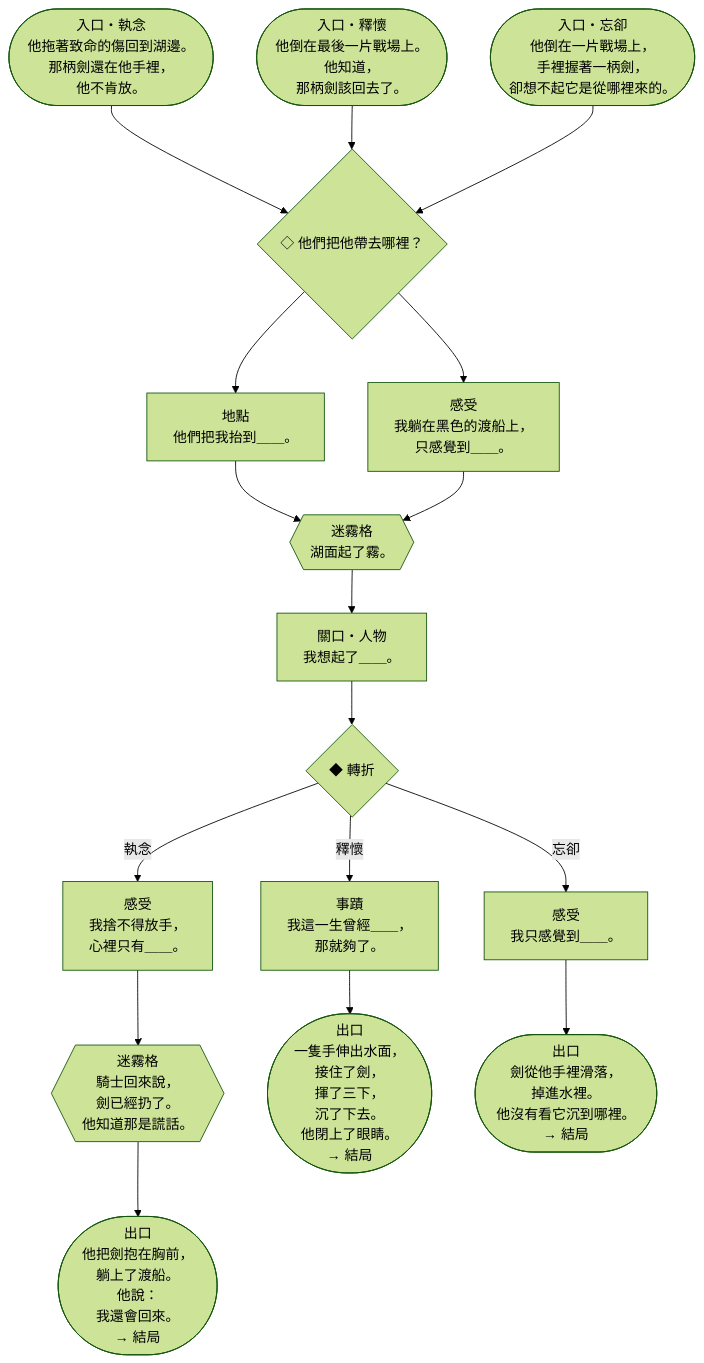
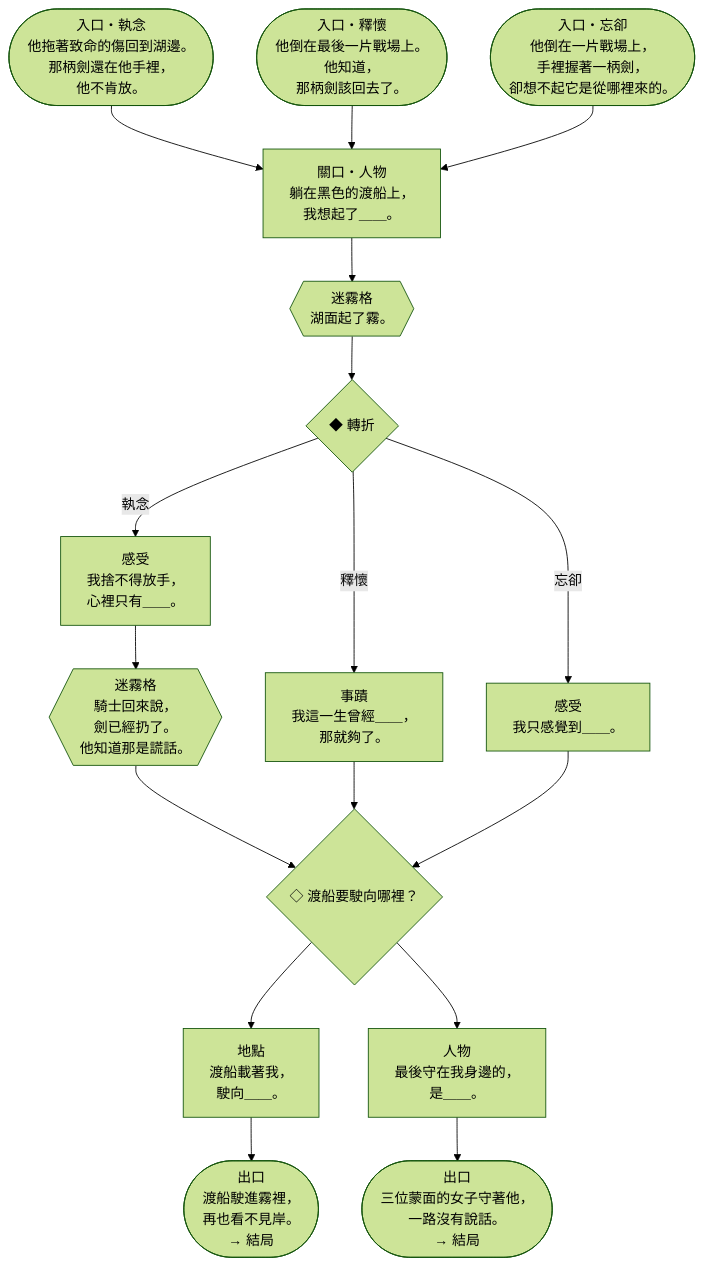
One commit to Ralph-Liu-Hub/Boardgame-Netherbloom changed the ninth of 15 diagrams in docs/design/V5-storybooks.zh-TW.md. Above: the diagram before and after it, drawn with Mermaid (forest theme). The commit also changed other lines of this file and 5 other files, not shown here.

````diff
--- a/docs/design/V5-storybooks.zh-TW.md
+++ b/docs/design/V5-storybooks.zh-TW.md
@@ -774,32 +772,31 @@
 ```mermaid
 flowchart TD
-  c2E0(["入口・執念<br>他拖著致命的傷回到湖邊。<br>那柄劍還在他手裡，<br>他不肯放。"]) --> c2p1
-  c2E1(["入口・釋懷<br>他倒在最後一片戰場上。<br>他知道，<br>那柄劍該回去了。"]) --> c2p1
-  c2E2(["入口・忘卻<br>他倒在一片戰場上，<br>手裡握著一柄劍，<br>卻想不起它是從哪裡來的。"]) --> c2p1
-  c2p1{"◇ 他們把他帶去哪裡？"}
-  c2p1 --> c2a1
-  c2p1 --> c2a2
-  c2a1["地點<br>他們把我抬到＿＿。"]
-  c2a1 --> c2x1
-  c2a2["感受<br>我躺在黑色的渡船上，<br>只感覺到＿＿。"]
-  c2a2 --> c2x1
+  c2E0(["入口・執念<br>他拖著致命的傷回到湖邊。<br>那柄劍還在他手裡，<br>他不肯放。"]) --> c2a
+  c2E1(["入口・釋懷<br>他倒在最後一片戰場上。<br>他知道，<br>那柄劍該回去了。"]) --> c2a
+  c2E2(["入口・忘卻<br>他倒在一片戰場上，<br>手裡握著一柄劍，<br>卻想不起它是從哪裡來的。"]) --> c2a
+  c2a["關口・人物<br>躺在黑色的渡船上，<br>我想起了＿＿。"]
+  c2a --> c2x1
   c2x1{{"迷霧格<br>湖面起了霧。"}}
-  c2x1 --> c2b
-  c2b["關口・人物<br>我想起了＿＿。"]
-  c2b --> c2f
+  c2x1 --> c2f
   c2f{"◆ 轉折"}
   c2f -- 執念 --> c2c1
   c2f -- 釋懷 --> c2c2
   c2f -- 忘卻 --> c2c3
   c2c1["感受<br>我捨不得放手，<br>心裡只有＿＿。"]
   c2c1 --> c2x2
   c2x2{{"迷霧格<br>騎士回來說，<br>劍已經扔了。<br>他知道那是謊話。"}}
-  c2x2 --> c2o1
+  c2x2 --> c2p1
   c2c2["事蹟<br>我這一生曾經＿＿，<br>那就夠了。"]
-  c2c2 --> c2o2
+  c2c2 --> c2p1
   c2c3["感受<br>我只感覺到＿＿。"]
-  c2c3 --> c2o3
-  c2o1(["出口<br>他把劍抱在胸前，<br>躺上了渡船。<br>他說：<br>我還會回來。<br>→ 結局"])
-  c2o2(["出口<br>一隻手伸出水面，<br>接住了劍，<br>揮了三下，<br>沉了下去。<br>他閉上了眼睛。<br>→ 結局"])
-  c2o3(["出口<br>劍從他手裡滑落，<br>掉進水裡。<br>他沒有看它沉到哪裡。<br>→ 結局"])
+  c2c3 --> c2p1
+  c2p1{"◇ 渡船要駛向哪裡？"}
+  c2p1 --> c2d1
+  c2p1 --> c2d2
+  c2d1["地點<br>渡船載著我，<br>駛向＿＿。"]
+  c2d1 --> c2o1
+  c2d2["人物<br>最後守在我身邊的，<br>是＿＿。"]
+  c2d2 --> c2o2
+  c2o1(["出口<br>渡船駛進霧裡，<br>再也看不見岸。<br>→ 結局"])
+  c2o2(["出口<br>三位蒙面的女子守著他，<br>一路沒有說話。<br>→ 結局"])
 ```
````
